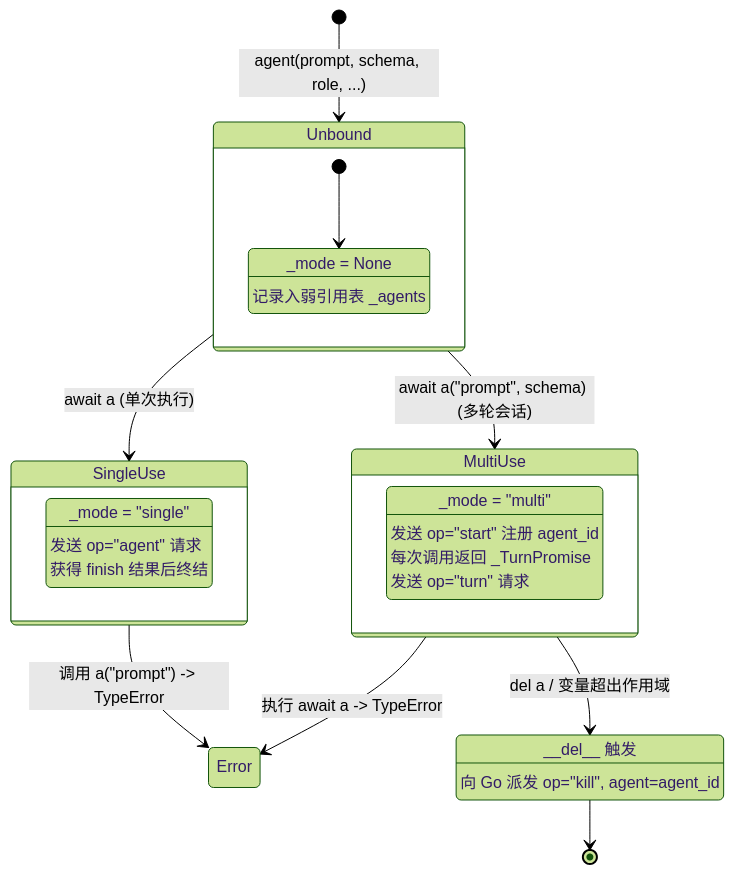
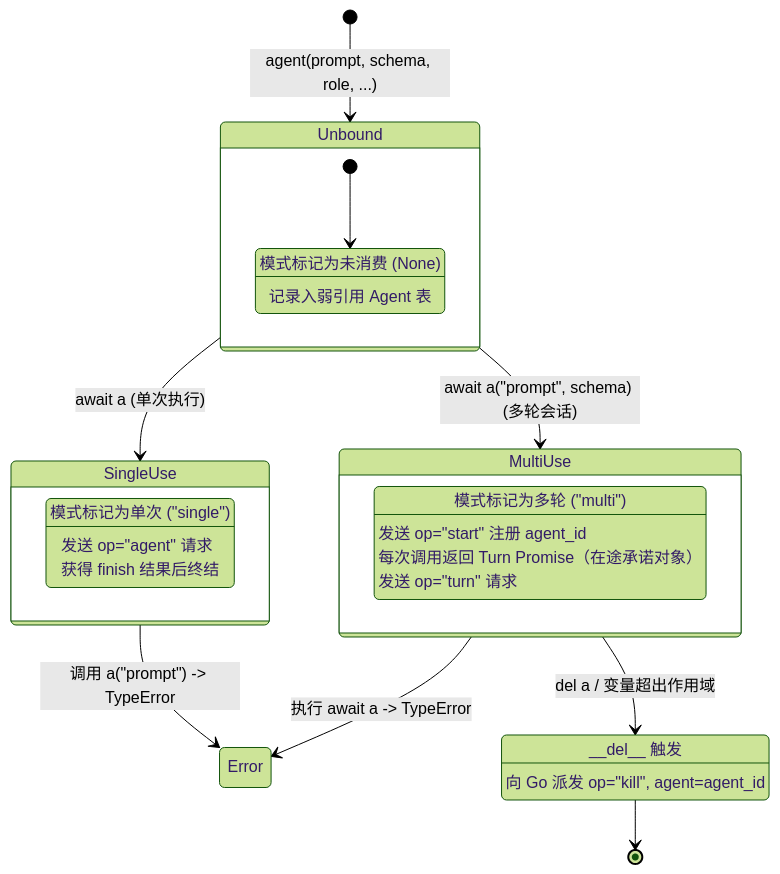
One commit to LitaoG/AI-workflow-competition changed the third of 3 diagrams in docs/research/ANTIGRAVITY-RUN-WORKFLOW-WHITEPAPER.md. Above: the diagram before and after it, drawn with Mermaid (forest theme). The commit also changed other lines of this file and 39 other files, not shown here.

````diff
--- a/docs/research/ANTIGRAVITY-RUN-WORKFLOW-WHITEPAPER.md
+++ b/docs/research/ANTIGRAVITY-RUN-WORKFLOW-WHITEPAPER.md
@@ -169,34 +169,34 @@
 ```mermaid
 stateDiagram-v2
     [*] --> Unbound: agent(prompt, schema, role, ...)
     
     state Unbound {
         [*] --> Initialized
-        Initialized: _mode = None
-        Initialized: 记录入弱引用表 _agents
+        Initialized: 模式标记为未消费 (None)
+        Initialized: 记录入弱引用 Agent 表
     }
 
     Unbound --> SingleUse: await a (单次执行)
     Unbound --> MultiUse: await a("prompt", schema) (多轮会话)
 
     state SingleUse {
-        SingleRunning: _mode = "single"
+        SingleRunning: 模式标记为单次 ("single")
         SingleRunning: 发送 op="agent" 请求
         SingleRunning: 获得 finish 结果后终结
     }
 
     state MultiUse {
-        MultiActive: _mode = "multi"
+        MultiActive: 模式标记为多轮 ("multi")
         MultiActive: 发送 op="start" 注册 agent_id
-        MultiActive: 每次调用返回 _TurnPromise
+        MultiActive: 每次调用返回 Turn Promise（在途承诺对象）
         MultiActive: 发送 op="turn" 请求
     }
 
     SingleUse --> Error: 调用 a("prompt") -> TypeError
     MultiUse --> Error: 执行 await a -> TypeError
 
     MultiUse --> Destroyed: del a / 变量超出作用域
     Destroyed: __del__ 触发
     Destroyed: 向 Go 派发 op="kill", agent=agent_id
     Destroyed --> [*]
 ```
````
